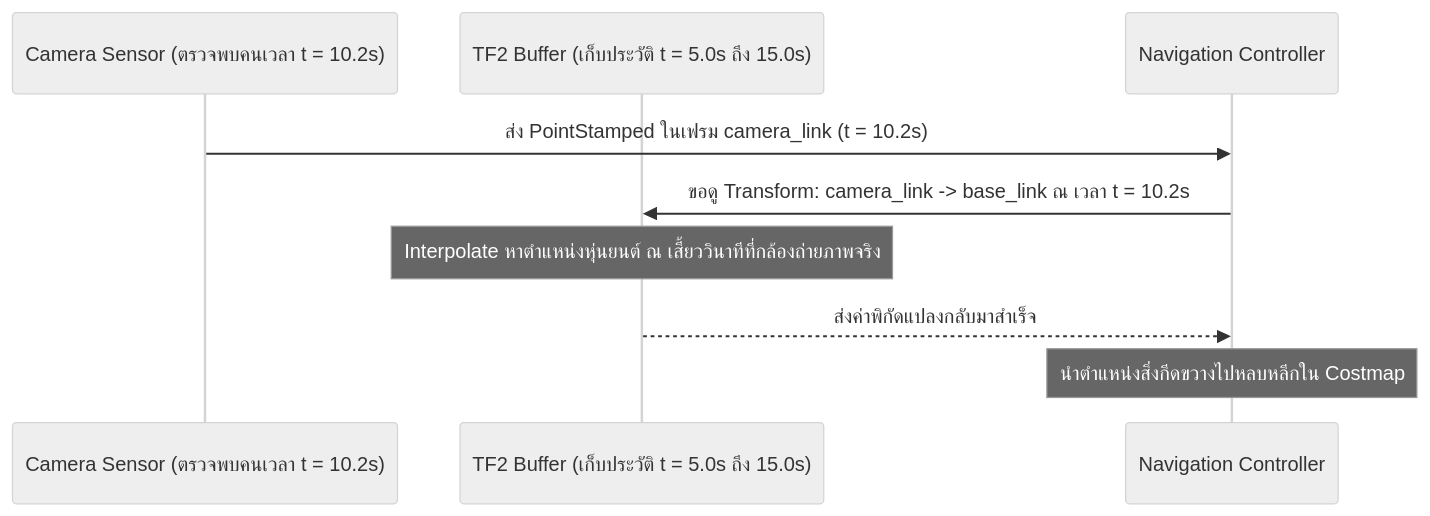
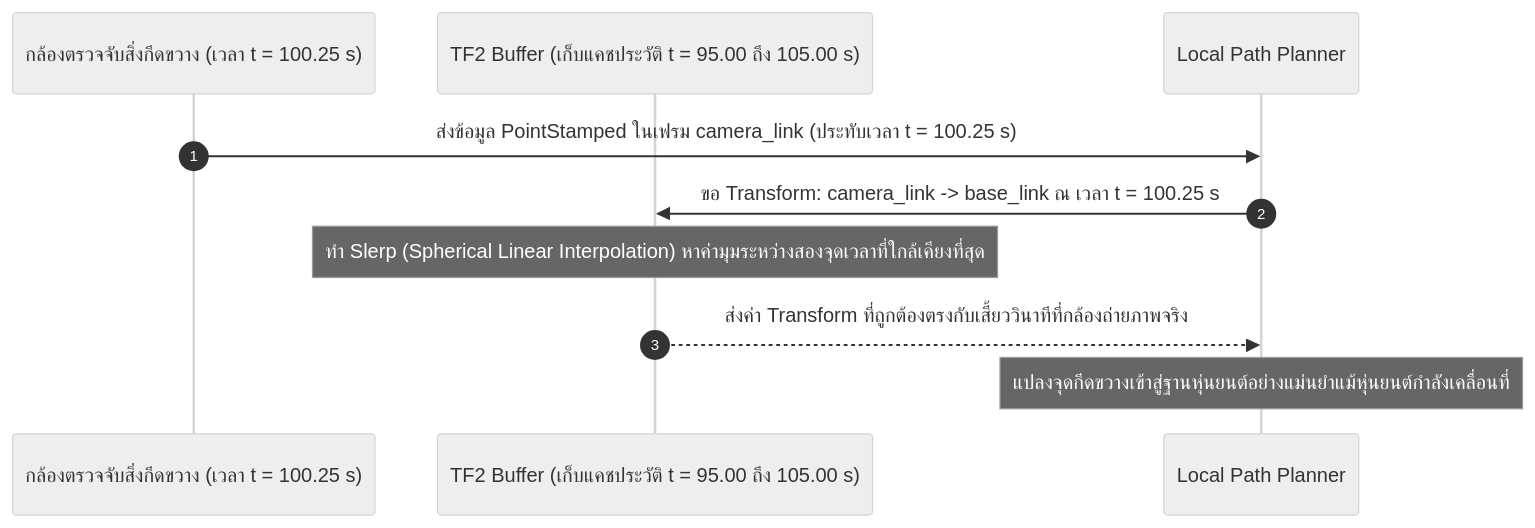
One commit to alfaXphoori/ros2 changed the second of 3 diagrams in Essential_ROS/Week_09_TF2_Coordinate_Transforms/Readme.md. Above: the diagram before and after it, drawn with Mermaid (neutral theme). The commit also changed other lines of this file and 15 other files, not shown here.

````diff
--- a/Essential_ROS/Week_09_TF2_Coordinate_Transforms/Readme.md
+++ b/Essential_ROS/Week_09_TF2_Coordinate_Transforms/Readme.md
@@ -51,12 +79,13 @@
 ```mermaid
 sequenceDiagram
-    participant Camera as Camera Sensor (ตรวจพบคนเวลา t = 10.2s)
-    participant TFBuffer as TF2 Buffer (เก็บประวัติ t = 5.0s ถึง 15.0s)
-    participant Nav as Navigation Controller
+    autonumber
+    participant Sensor as กล้องตรวจจับสิ่งกีดขวาง (เวลา t = 100.25 s)
+    participant Buffer as TF2 Buffer (เก็บแคชประวัติ t = 95.00 ถึง 105.00 s)
+    participant Planner as Local Path Planner
 
-    Camera->>Nav: ส่ง PointStamped ในเฟรม camera_link (t = 10.2s)
-    Nav->>TFBuffer: ขอดู Transform: camera_link -> base_link ณ เวลา t = 10.2s
-    Note over TFBuffer: Interpolate หาตำแหน่งหุ่นยนต์ ณ เสี้ยววินาทีที่กล้องถ่ายภาพจริง
-    TFBuffer-->>Nav: ส่งค่าพิกัดแปลงกลับมาสำเร็จ
-    Note over Nav: นำตำแหน่งสิ่งกีดขวางไปหลบหลีกใน Costmap
+    Sensor->>Planner: ส่งข้อมูล PointStamped ในเฟรม camera_link (ประทับเวลา t = 100.25 s)
+    Planner->>Buffer: ขอ Transform: camera_link -> base_link ณ เวลา t = 100.25 s
+    Note over Buffer: ทำ Slerp (Spherical Linear Interpolation) หาค่ามุมระหว่างสองจุดเวลาที่ใกล้เคียงที่สุด
+    Buffer-->>Planner: ส่งค่า Transform ที่ถูกต้องตรงกับเสี้ยววินาทีที่กล้องถ่ายภาพจริง
+    Note over Planner: แปลงจุดกีดขวางเข้าสู่ฐานหุ่นยนต์อย่างแม่นยำแม้หุ่นยนต์กำลังเคลื่อนที่
 ```
````
